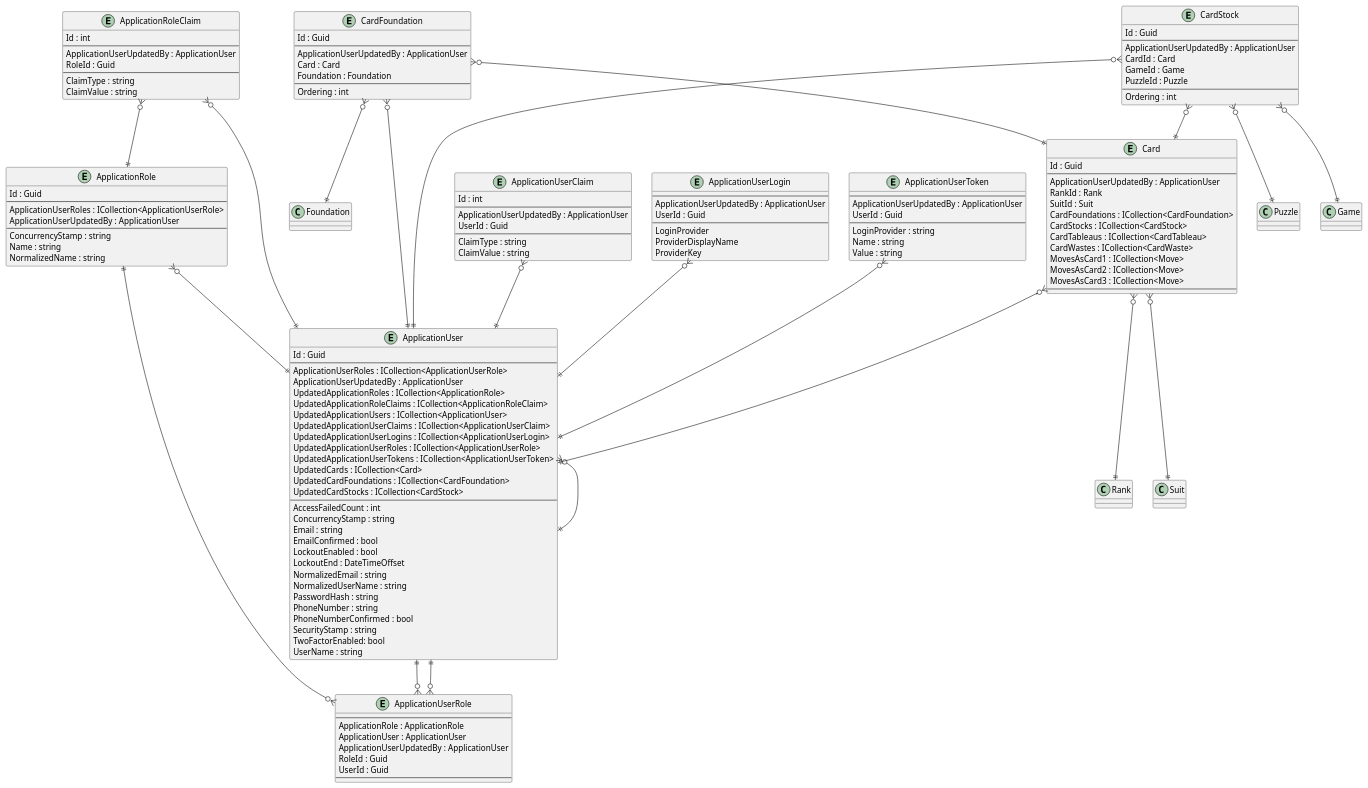
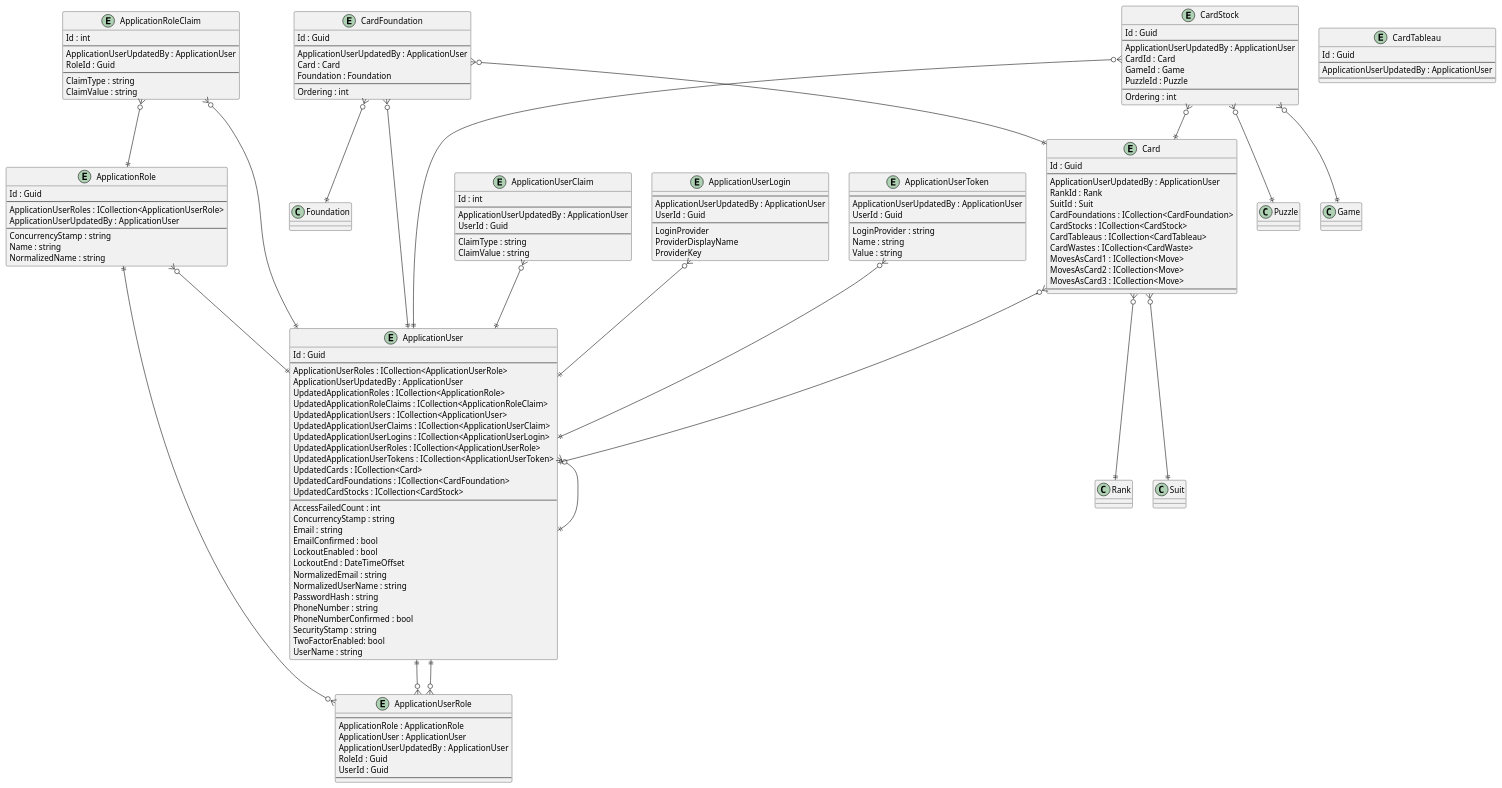
One commit to intrepion/intrepion_klondike-solitaire_csharp changed the diagram in .docs/Intrepion.KlondikeSolitaire.pu. Above: the diagram before and after it, drawn with PlantUML.

```diff
--- a/.docs/Intrepion.KlondikeSolitaire.pu
+++ b/.docs/Intrepion.KlondikeSolitaire.pu
@@ -1,165 +1,174 @@
 @startuml
 
 entity ApplicationRole {
     Id : Guid
     --
     ApplicationUserRoles : ICollection<ApplicationUserRole>
     ApplicationUserUpdatedBy : ApplicationUser
     --
     ConcurrencyStamp : string
     Name : string
     NormalizedName : string
 }
 
 entity ApplicationRoleClaim {
     Id : int
     --
     ApplicationUserUpdatedBy : ApplicationUser
     RoleId : Guid
     --
     ClaimType : string
     ClaimValue : string
 }
 
 entity ApplicationUser {
     Id : Guid
     --
     ApplicationUserRoles : ICollection<ApplicationUserRole>
     ApplicationUserUpdatedBy : ApplicationUser
     UpdatedApplicationRoles : ICollection<ApplicationRole>
     UpdatedApplicationRoleClaims : ICollection<ApplicationRoleClaim>
     UpdatedApplicationUsers : ICollection<ApplicationUser>
     UpdatedApplicationUserClaims : ICollection<ApplicationUserClaim>
     UpdatedApplicationUserLogins : ICollection<ApplicationUserLogin>
     UpdatedApplicationUserRoles : ICollection<ApplicationUserRole>
     UpdatedApplicationUserTokens : ICollection<ApplicationUserToken>
     UpdatedCards : ICollection<Card>
     UpdatedCardFoundations : ICollection<CardFoundation>
     UpdatedCardStocks : ICollection<CardStock>
     ' ApplicationUserKeyCodePlaceholder
     --
     AccessFailedCount : int
     ConcurrencyStamp : string
     Email : string
     EmailConfirmed : bool
     LockoutEnabled : bool
     LockoutEnd : DateTimeOffset
     NormalizedEmail : string
     NormalizedUserName : string
     PasswordHash : string
     PhoneNumber : string
     PhoneNumberConfirmed : bool
     SecurityStamp : string
     TwoFactorEnabled: bool
     UserName : string
 }
 
 entity ApplicationUserClaim {
     Id : int
     --
     ApplicationUserUpdatedBy : ApplicationUser
     UserId : Guid
     --
     ClaimType : string
     ClaimValue : string
 }
 
 entity ApplicationUserLogin {
     --
     ApplicationUserUpdatedBy : ApplicationUser
     UserId : Guid
     --
     LoginProvider
     ProviderDisplayName
     ProviderKey
 }
 
 entity ApplicationUserRole {
     --
     ApplicationRole : ApplicationRole
     ApplicationUser : ApplicationUser
     ApplicationUserUpdatedBy : ApplicationUser
     RoleId : Guid
     UserId : Guid
     --
 }
 
 entity ApplicationUserToken {
     --
     ApplicationUserUpdatedBy : ApplicationUser
     UserId : Guid
     --
     LoginProvider : string
     Name : string
     Value : string
 }
 
 entity Card {
     Id : Guid
     --
     ApplicationUserUpdatedBy : ApplicationUser
     RankId : Rank
     SuitId : Suit
     CardFoundations : ICollection<CardFoundation>
     CardStocks : ICollection<CardStock>
     CardTableaus : ICollection<CardTableau>
     CardWastes : ICollection<CardWaste>
     MovesAsCard1 : ICollection<Move>
     MovesAsCard2 : ICollection<Move>
     MovesAsCard3 : ICollection<Move>
     ' CardKeyCodePlaceholder
     --
     ' CardPropertyCodePlaceholder
 }
 
 entity CardFoundation {
     Id : Guid
     --
     ApplicationUserUpdatedBy : ApplicationUser
     Card : Card
     Foundation : Foundation
     ' CardFoundationKeyCodePlaceholder
     --
     Ordering : int
     ' CardFoundationPropertyCodePlaceholder
 }
 
 entity CardStock {
     Id : Guid
     --
     ApplicationUserUpdatedBy : ApplicationUser
     CardId : Card
     GameId : Game
     PuzzleId : Puzzle
     ' CardStockKeyCodePlaceholder
     --
     Ordering : int
     ' CardStockPropertyCodePlaceholder
 }
 
+entity CardTableau {
+    Id : Guid
+    --
+    ApplicationUserUpdatedBy : ApplicationUser
+    ' CardTableauKeyCodePlaceholder
+    --
+    ' CardTableauPropertyCodePlaceholder
+}
+
 ' EntityCodePlaceholder
 
 ApplicationRole ||--o{ ApplicationUserRole
 ApplicationRole }o--|| ApplicationUser
 ApplicationRoleClaim }o--|| ApplicationRole
 ApplicationRoleClaim }o--|| ApplicationUser
 ApplicationUser }o--|| ApplicationUser
 ApplicationUser ||--o{ ApplicationUserRole
 ApplicationUserClaim }o--|| ApplicationUser
 ApplicationUserLogin }o--|| ApplicationUser
 ApplicationUserRole }o--|| ApplicationUser
 ApplicationUserToken }o--|| ApplicationUser
 
 Card }o--|| ApplicationUser
 Card }o--|| Rank
 Card }o--|| Suit
 CardFoundation }o--|| ApplicationUser
 CardFoundation }o--|| Card
 CardFoundation }o--|| Foundation
 CardStock }o--|| ApplicationUser
 CardStock }o--|| Card
 CardStock }o--|| Game
 CardStock }o--|| Puzzle
 ' RelationshipCodePlaceholder
 
 @enduml
```
